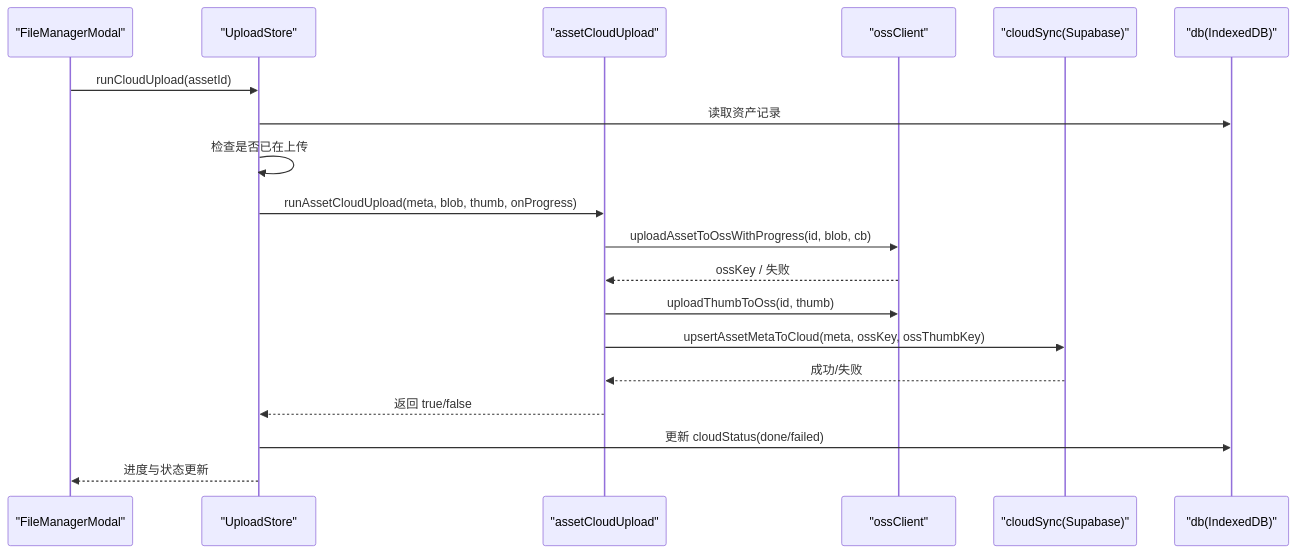
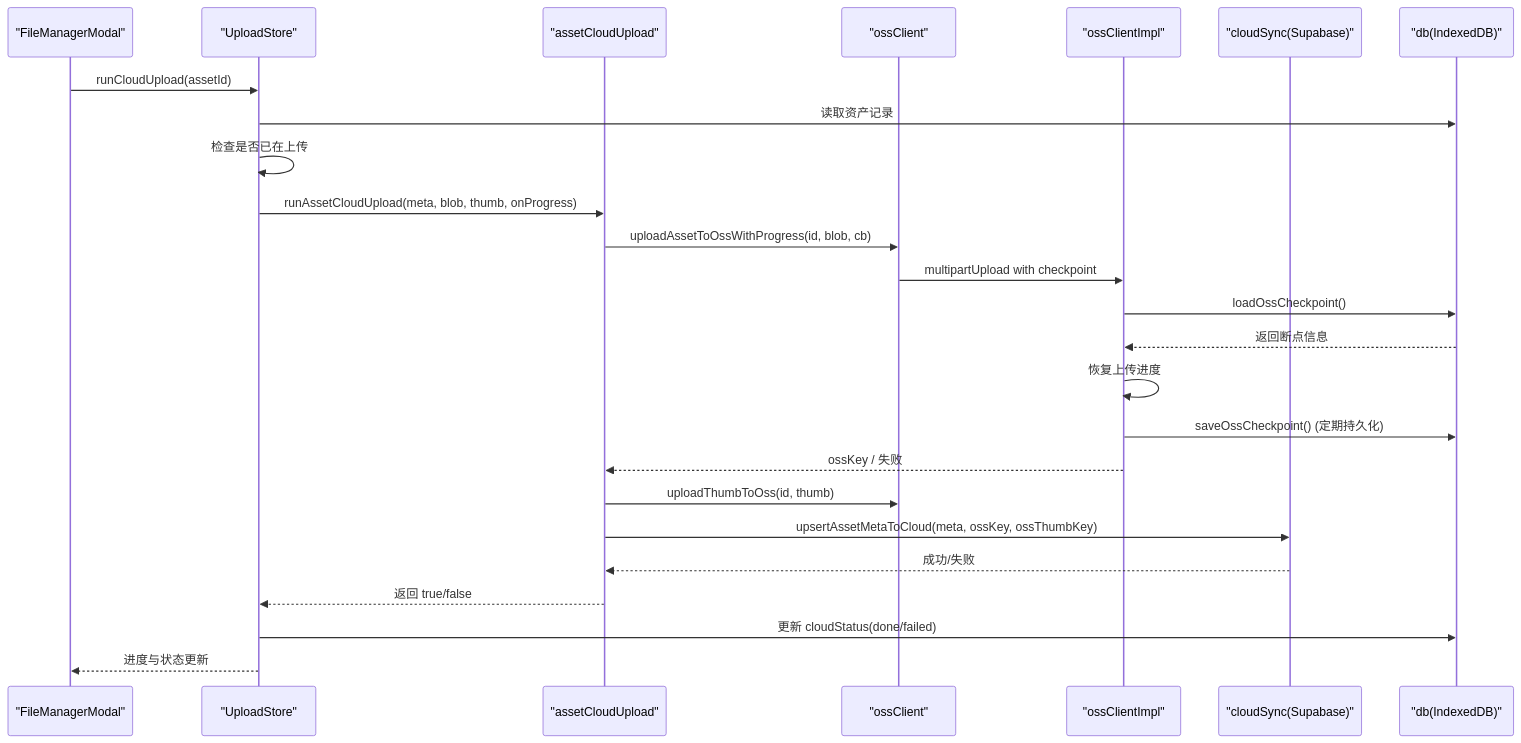
One commit to suqi-bot/SuQCanvas changed the second of 6 diagrams in .qoder/repowiki/zh/content/状态管理系统/上传状态管理 (UploadStore).md. Above: the diagram before and after it, drawn with Mermaid. The commit also changed other lines of this file and 10 other files, not shown here.

````diff
--- a/.qoder/repowiki/zh/content/状态管理系统/上传状态管理 (UploadStore).md
+++ b/.qoder/repowiki/zh/content/状态管理系统/上传状态管理 (UploadStore).md
@@ -111,21 +127,27 @@
 ```mermaid
 sequenceDiagram
 participant UI as "FileManagerModal"
 participant Store as "UploadStore"
 participant Orchest as "assetCloudUpload"
 participant OSS as "ossClient"
+participant Impl as "ossClientImpl"
 participant Cloud as "cloudSync(Supabase)"
 participant DB as "db(IndexedDB)"
 UI->>Store : runCloudUpload(assetId)
 Store->>DB : 读取资产记录
 Store->>Store : 检查是否已在上传
 Store->>Orchest : runAssetCloudUpload(meta, blob, thumb, onProgress)
 Orchest->>OSS : uploadAssetToOssWithProgress(id, blob, cb)
-OSS-->>Orchest : ossKey / 失败
+OSS->>Impl : multipartUpload with checkpoint
+Impl->>DB : loadOssCheckpoint()
+DB-->>Impl : 返回断点信息
+Impl->>Impl : 恢复上传进度
+Impl->>DB : saveOssCheckpoint() (定期持久化)
+Impl-->>Orchest : ossKey / 失败
 Orchest->>OSS : uploadThumbToOss(id, thumb)
 Orchest->>Cloud : upsertAssetMetaToCloud(meta, ossKey, ossThumbKey)
 Cloud-->>Orchest : 成功/失败
 Orchest-->>Store : 返回 true/false
 Store->>DB : 更新 cloudStatus(done/failed)
 Store-->>UI : 进度与状态更新
 ```
````
